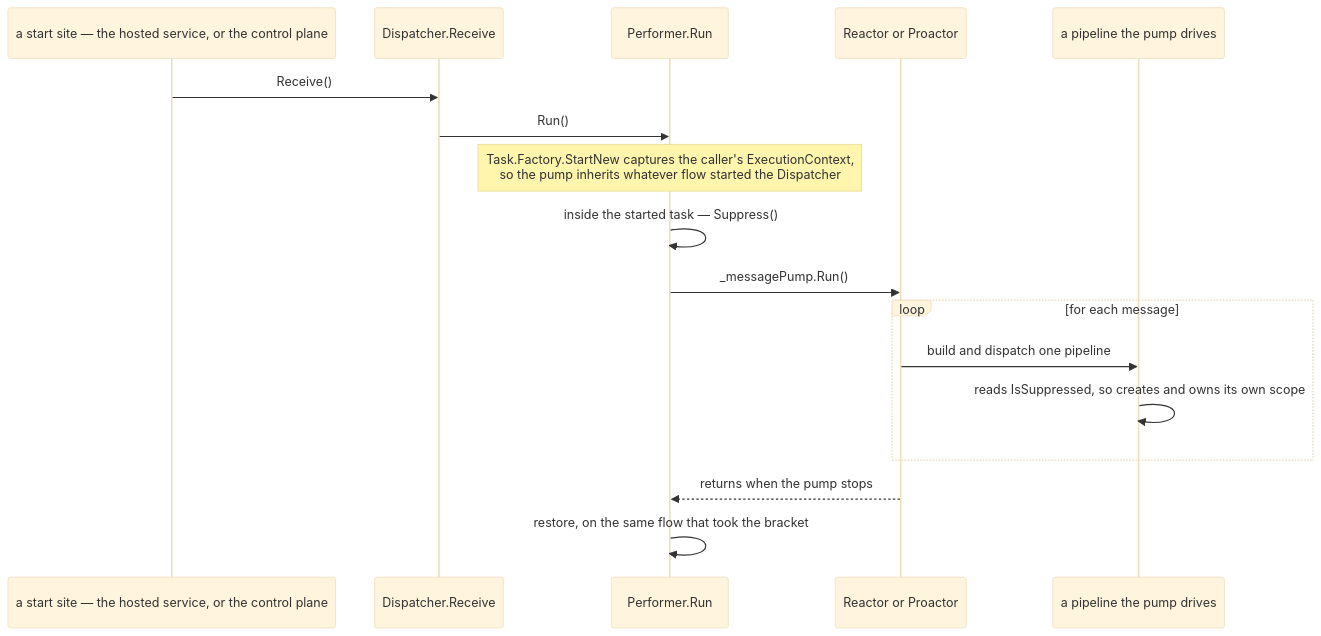
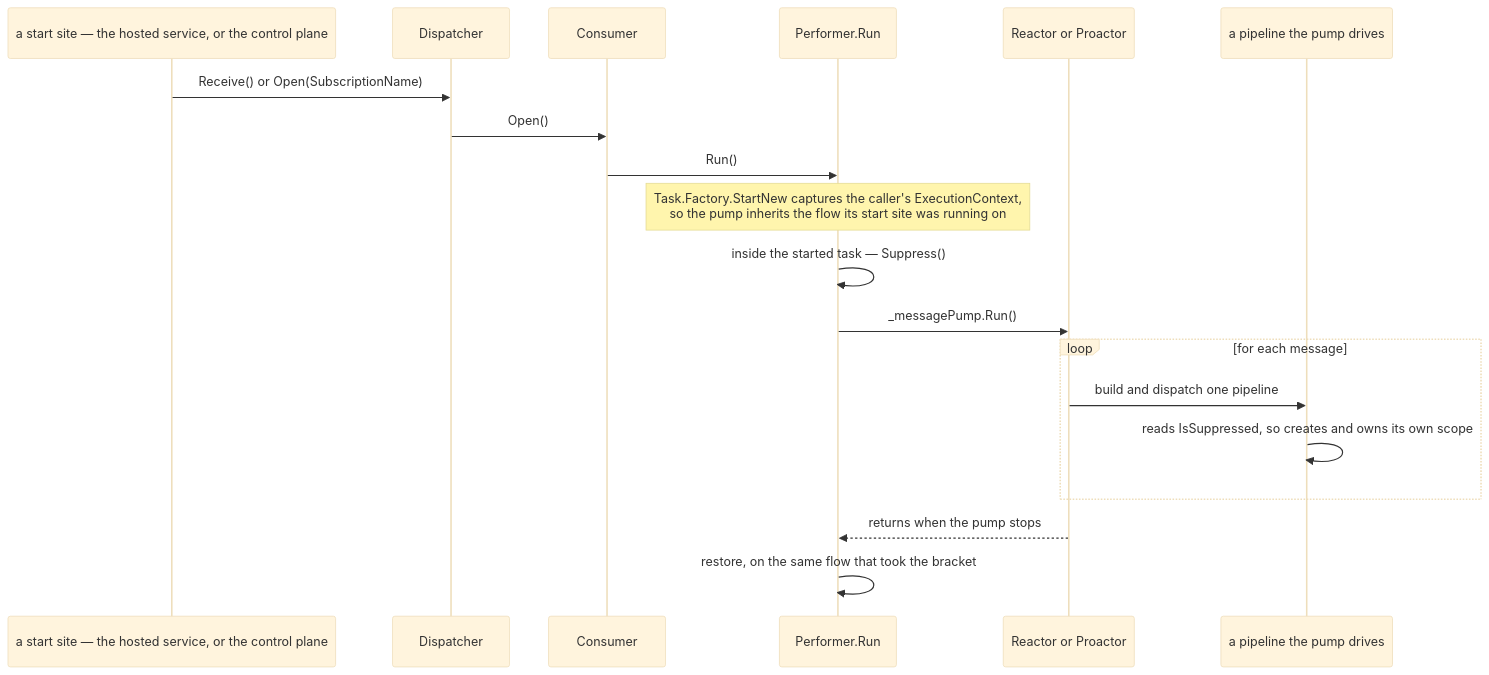
The second of 3 diagrams in docs/adr/0075-publish-and-pump-scope-suppression.md (BrighterCommand/Brighter), drawn with Mermaid (base theme) before and after one commit. The commit also changed other lines of this file and 1 other file, not shown here.

````diff
--- a/docs/adr/0075-publish-and-pump-scope-suppression.md
+++ b/docs/adr/0075-publish-and-pump-scope-suppression.md
@@ -167,20 +167,22 @@
 ```mermaid
 sequenceDiagram
     participant Start as a start site — the hosted service, or the control plane
-    participant Disp as Dispatcher.Receive
+    participant Disp as Dispatcher
+    participant Cons as Consumer
     participant Perf as Performer.Run
     participant Pump as Reactor or Proactor
     participant Pipe as a pipeline the pump drives
 
-    Start->>Disp: Receive()
-    Disp->>Perf: Run()
-    Note over Perf: Task.Factory.StartNew captures the caller's ExecutionContext,<br/>so the pump inherits whatever flow started the Dispatcher
+    Start->>Disp: Receive() or Open(SubscriptionName)
+    Disp->>Cons: Open()
+    Cons->>Perf: Run()
+    Note over Perf: Task.Factory.StartNew captures the caller's ExecutionContext,<br/>so the pump inherits the flow its start site was running on
     Perf->>Perf: inside the started task — Suppress()
     Perf->>Pump: _messagePump.Run()
     loop for each message
         Pump->>Pipe: build and dispatch one pipeline
         Pipe->>Pipe: reads IsSuppressed, so creates and owns its own scope
     end
     Pump-->>Perf: returns when the pump stops
     Perf->>Perf: restore, on the same flow that took the bracket
 ```
````
